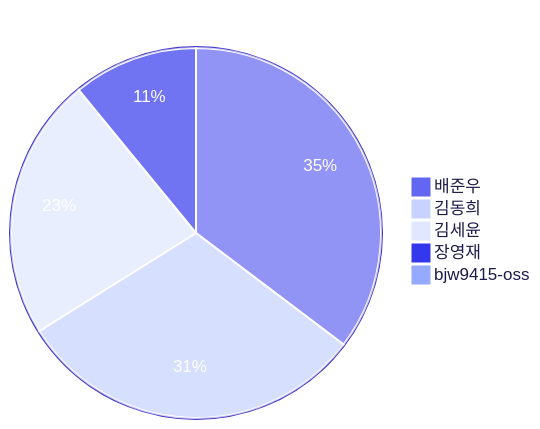
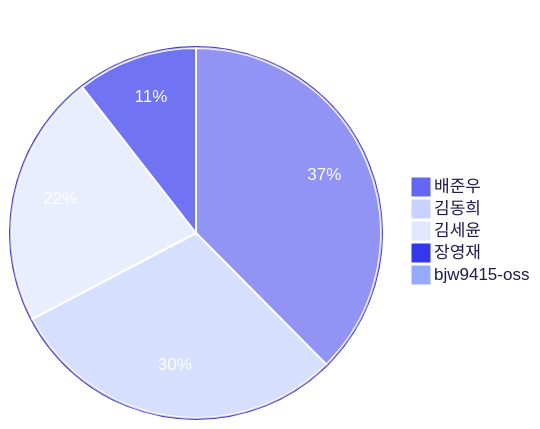
The third of 4 diagrams in README.md (3rd-project-team-1/ALYAC-market-team1), drawn with Mermaid before and after one commit. The commit also changed other lines of this file, not shown here.

````diff
--- a/README.md
+++ b/README.md
@@ -430,18 +430,18 @@
 ```mermaid
 %%{init: { 'theme': 'base', 'themeVariables': {
   'primaryColor': '#6366f1',
   'primaryTextColor': '#ffffff',
   'primaryBorderColor': '#4338ca',
   'secondaryColor': '#c7d2fe',
   'tertiaryColor': '#e0e7ff',
   'pieLegendTextColor': '#1e1b4b',
   'pieStrokeColor': '#ffffff',
   'pieOuterStrokeColor': '#4338ca'
 } } }%%
 pie title 기여자별 커밋 수
-  "배준우" : 252
+  "배준우" : 278
   "김동희" : 220
   "김세윤" : 164
   "장영재" : 78
-  "bjw9415-oss" : 1
+  "bjw9415-oss" : 2
 ```
````
